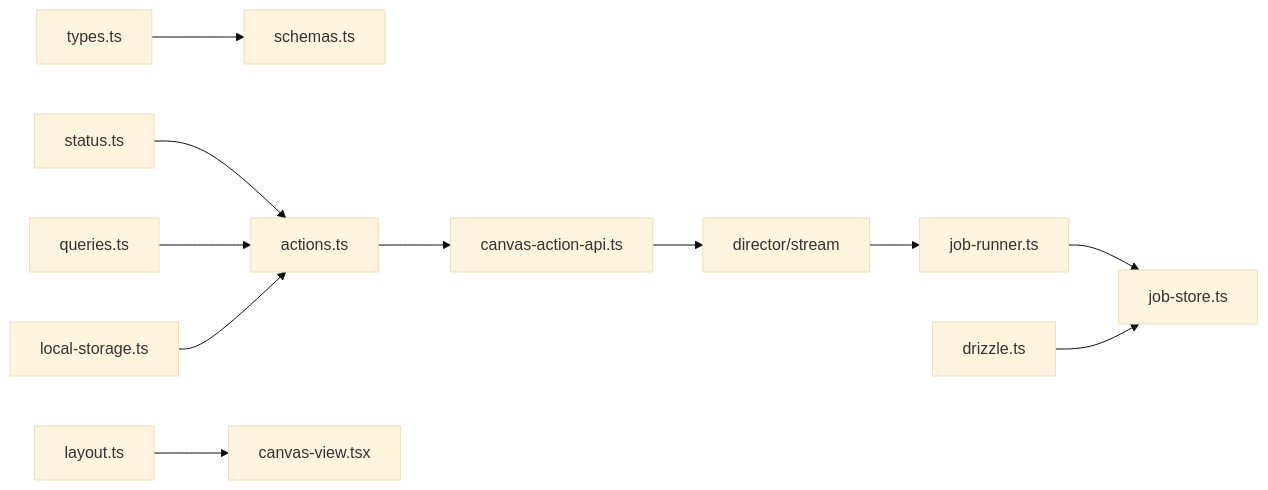
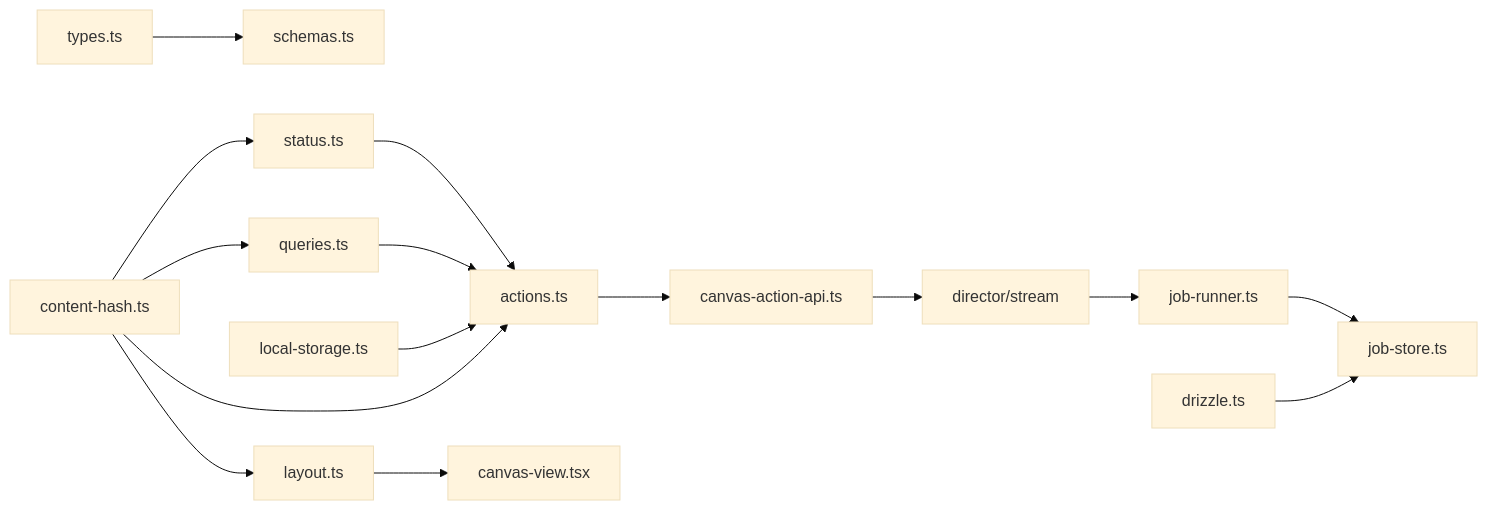
Before and after one commit to scottcwy/PurpleInk: the fourth of 4 diagrams in .qoder/repowiki/zh/content/画布编辑器/画布状态管理.md, drawn with Mermaid (base theme). The commit also changed other lines of this file and 109 other files, not shown here.

````diff
--- a/.qoder/repowiki/zh/content/画布编辑器/画布状态管理.md
+++ b/.qoder/repowiki/zh/content/画布编辑器/画布状态管理.md
@@ -233,13 +301,17 @@
 ```mermaid
 graph LR
 Types["types.ts"] --> Schemas["schemas.ts"]
 Status["status.ts"] --> Actions["actions.ts"]
 Layout["layout.ts"] --> Views["canvas-view.tsx"]
 Queries["queries.ts"] --> Actions
 Actions --> API["canvas-action-api.ts"]
 API --> Stream["director/stream"]
 Stream --> Runner["job-runner.ts"]
 Runner --> Store["job-store.ts"]
 Local["local-storage.ts"] --> Actions
 DB["drizzle.ts"] --> Store
+ContentHash["content-hash.ts"] --> Actions
+ContentHash --> Queries
+ContentHash --> Layout
+ContentHash --> Status
 ```
````
